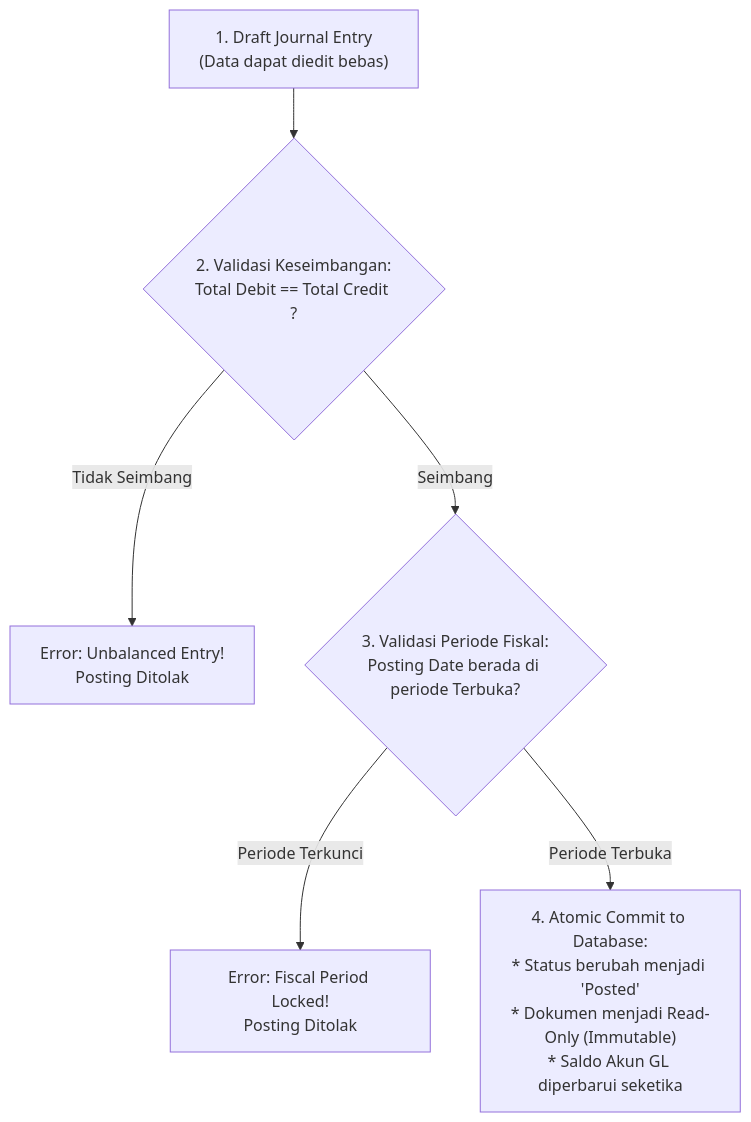
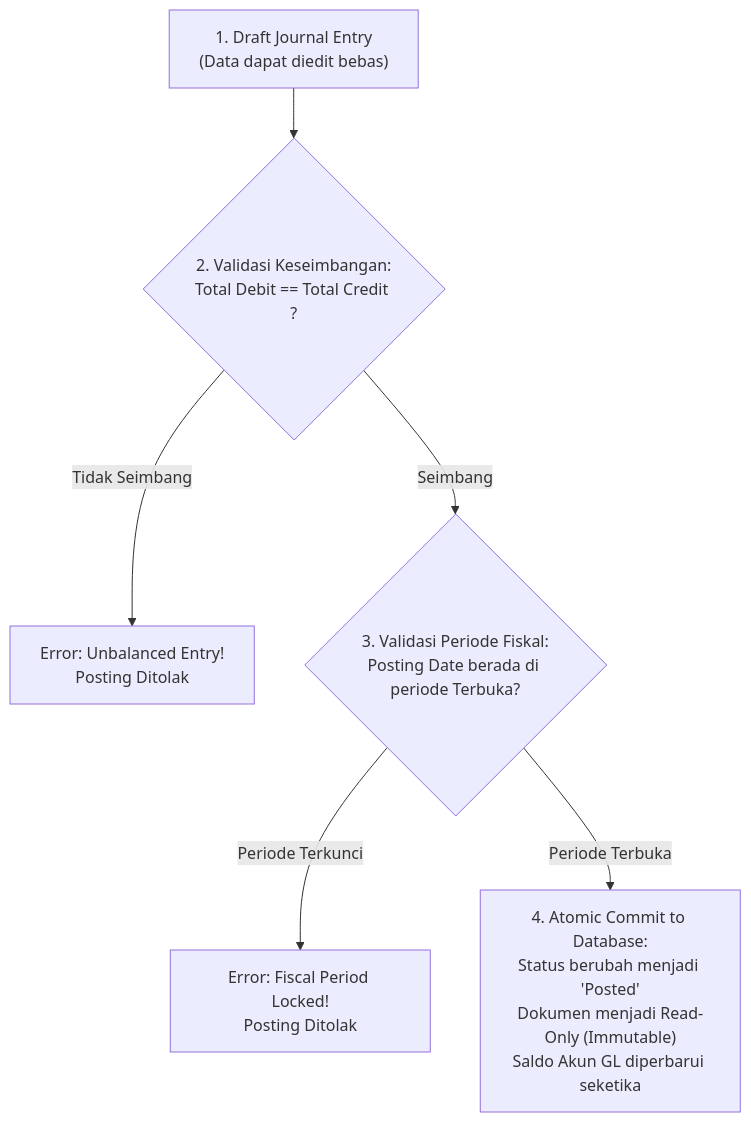
The second of 2 diagrams in content/02-accounting/journal-entry.md (alimurrofid/erp-notes), drawn with Mermaid before and after one commit. The commit also changed 59 other files, not shown here.

Commit message:
fix(content):enter character mermaid

````diff
--- a/content/02-accounting/journal-entry.md
+++ b/content/02-accounting/journal-entry.md
@@ -70,9 +70,9 @@
 ```mermaid
 flowchart TD
-    Draft["1. Draft Journal Entry\n(Data dapat diedit bebas)"]
-    --> ValBalance{"2. Validasi Keseimbangan:\nTotal Debit == Total Credit ?"}
-    ValBalance -->|Tidak Seimbang| ErrBal["Error: Unbalanced Entry!\nPosting Ditolak"]
-    ValBalance -->|Seimbang| ValPeriod{"3. Validasi Periode Fiskal:\nPosting Date berada di periode Terbuka?"}
-    ValPeriod -->|Periode Terkunci| ErrPer["Error: Fiscal Period Locked!\nPosting Ditolak"]
-    ValPeriod -->|Periode Terbuka| Commit["4. Atomic Commit to Database:\n* Status berubah menjadi 'Posted'\n* Dokumen menjadi Read-Only (Immutable)\n* Saldo Akun GL diperbarui seketika"]
+    Draft["1. Draft Journal Entry<br/>(Data dapat diedit bebas)"]
+    --> ValBalance{"2. Validasi Keseimbangan:<br/>Total Debit == Total Credit ?"}
+    ValBalance -->|Tidak Seimbang| ErrBal["Error: Unbalanced Entry!<br/>Posting Ditolak"]
+    ValBalance -->|Seimbang| ValPeriod{"3. Validasi Periode Fiskal:<br/>Posting Date berada di periode Terbuka?"}
+    ValPeriod -->|Periode Terkunci| ErrPer["Error: Fiscal Period Locked!<br/>Posting Ditolak"]
+    ValPeriod -->|Periode Terbuka| Commit["4. Atomic Commit to Database:<br/>Status berubah menjadi 'Posted'<br/>Dokumen menjadi Read-Only (Immutable)<br/>Saldo Akun GL diperbarui seketika"]
 ```
````
